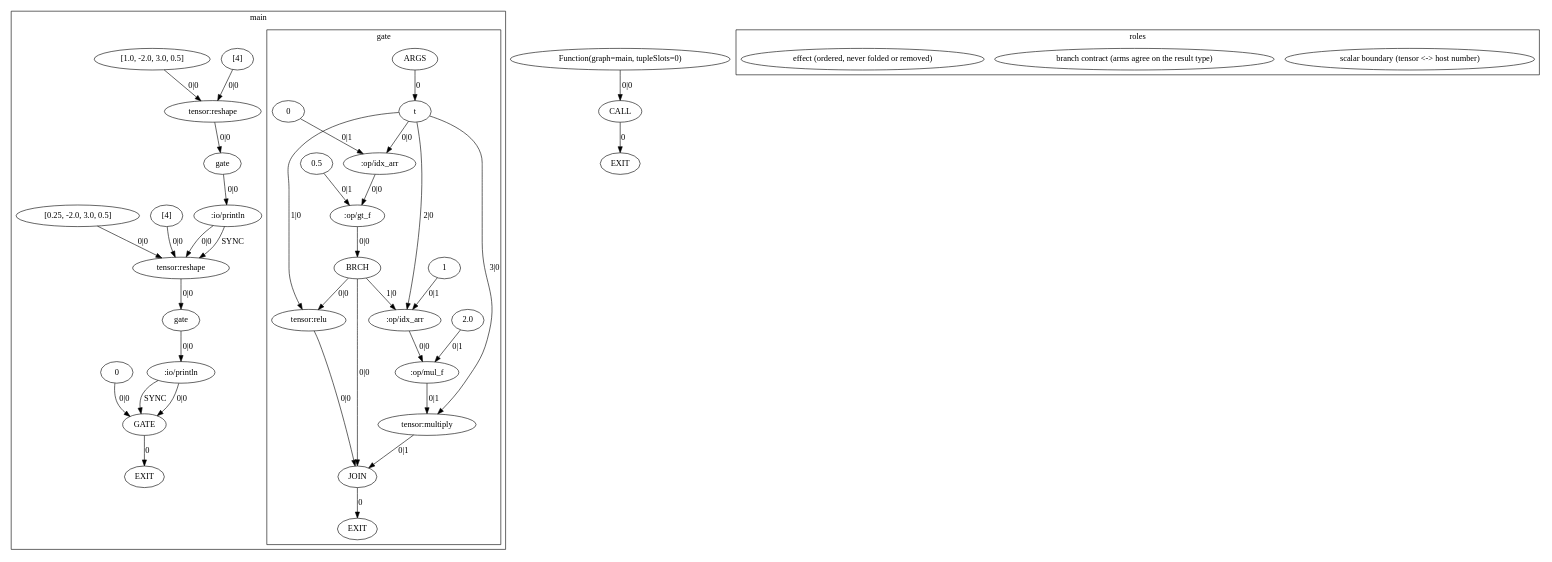
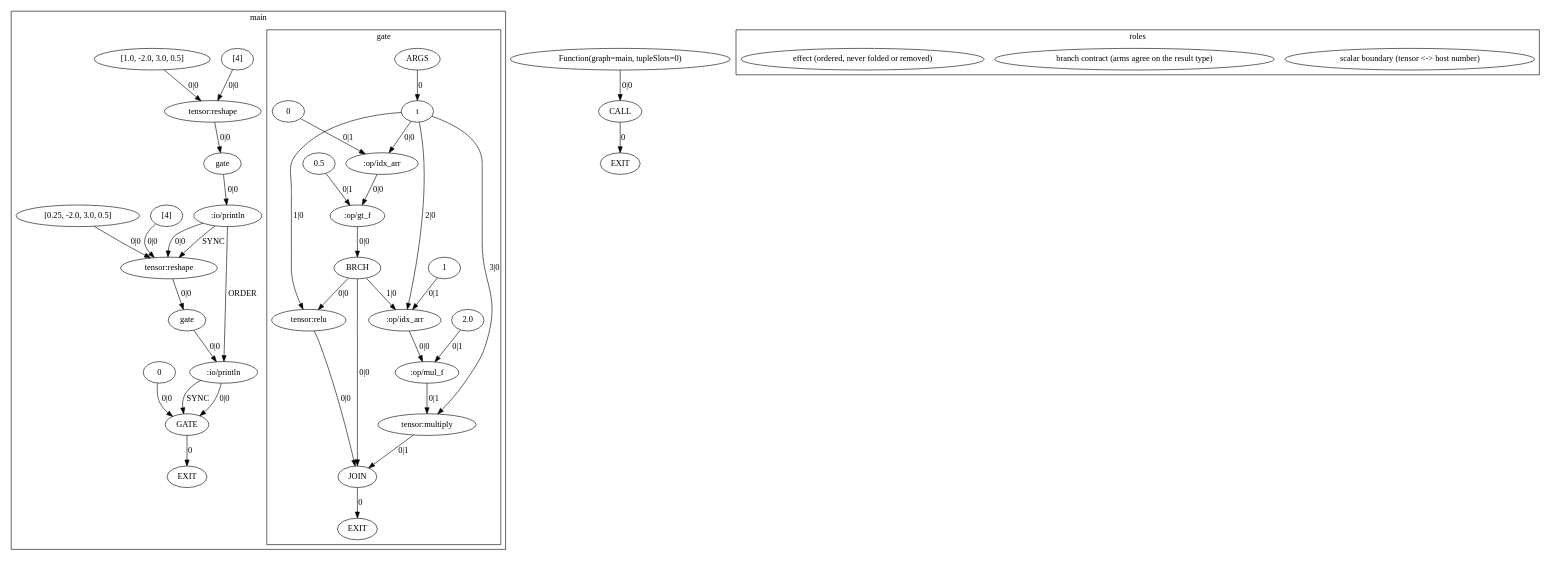
Before and after one commit to OpenCML/Camel: the diagram in exemplars/01_scalar_boundary/expected/dump.agir.dot, drawn with Graphviz. The commit also changed 26 other files, not shown here.

```diff
--- a/exemplars/01_scalar_boundary/expected/dump.agir.dot
+++ b/exemplars/01_scalar_boundary/expected/dump.agir.dot
@@ -1,80 +1,81 @@
 digraph GraphIR {
     subgraph cluster_F01 {
         label="main";
         subgraph cluster_F02 {
             label="gate";
             F02 [label="ARGS", type="ARGS"];
             O02 [label="EXIT", type="EXIT"];
             N00 [label="t", type="PORT", param_name="t", param_kind="normal", param_index="0", value_type="f32[4]", origin=<ORIGIN>, span="12:10-12:19", srcfile="exemplars/01_scalar_boundary/program.cml"];
             N01 [label="0", type="DATA", origin=<ORIGIN>, span="13:16-13:17", srcfile="exemplars/01_scalar_boundary/program.cml", value_type="int"];
             N02 [label=":op/idx_arr", type="OPER", role="scalar-boundary", origin=<ORIGIN>, span="13:15-13:16", srcfile="exemplars/01_scalar_boundary/program.cml", value_type="f32"];
             N03 [label="0.5", type="DATA", origin=<ORIGIN>, span="13:21-13:24", srcfile="exemplars/01_scalar_boundary/program.cml", value_type="f32"];
             N04 [label=":op/gt_f", type="OPER", origin=<ORIGIN>, span="13:19-13:20", srcfile="exemplars/01_scalar_boundary/program.cml", value_type="bool"];
             N05 [label="JOIN", type="JOIN", role="branch-contract", origin=<ORIGIN>, span="13:11-13:59", srcfile="exemplars/01_scalar_boundary/program.cml", value_type="f32[4]"];
             N06 [label="BRCH", type="BRCH", origin=<ORIGIN>, span="13:11-13:59", srcfile="exemplars/01_scalar_boundary/program.cml", value_type="int"];
             N07 [label="tensor:relu", type="OPER", origin=<ORIGIN>, span="13:30-13:34", srcfile="exemplars/01_scalar_boundary/program.cml", value_type="f32[4]"];
             N08 [label="1", type="DATA", origin=<ORIGIN>, span="13:50-13:51", srcfile="exemplars/01_scalar_boundary/program.cml", value_type="int"];
             N09 [label=":op/idx_arr", type="OPER", role="scalar-boundary", origin=<ORIGIN>, span="13:49-13:50", srcfile="exemplars/01_scalar_boundary/program.cml", value_type="f32"];
             N0A [label="2.0", type="DATA", origin=<ORIGIN>, span="13:55-13:58", srcfile="exemplars/01_scalar_boundary/program.cml", value_type="f32"];
             N0B [label=":op/mul_f", type="OPER", origin=<ORIGIN>, span="13:53-13:54", srcfile="exemplars/01_scalar_boundary/program.cml", value_type="f32"];
             N0C [label="tensor:multiply", type="OPER", role="scalar-boundary", origin=<ORIGIN>, span="13:45-13:46", srcfile="exemplars/01_scalar_boundary/program.cml", value_type="f32[4]"];
             F02 -> N00 [label="0", type="NORM_PORT"];
             N05 -> O02 [label="0", type="EXIT"];
             N00 -> N02 [label="0|0", type="NORM"];
             N01 -> N02 [label="0|1", type="NORM"];
             N02 -> N04 [label="0|0", type="NORM"];
             N03 -> N04 [label="0|1", type="NORM"];
             N07 -> N05 [label="0|0", type="WITH"];
             N0C -> N05 [label="0|1", type="WITH"];
             N06 -> N05 [label="0|0", type="NORM"];
             N04 -> N06 [label="0|0", type="NORM"];
             N00 -> N07 [label="1|0", type="NORM"];
             N06 -> N07 [label="0|0", type="CTRL"];
             N00 -> N09 [label="2|0", type="NORM"];
             N08 -> N09 [label="0|1", type="NORM"];
             N06 -> N09 [label="1|0", type="CTRL"];
             N09 -> N0B [label="0|0", type="NORM"];
             N0A -> N0B [label="0|1", type="NORM"];
             N00 -> N0C [label="3|0", type="NORM"];
             N0B -> N0C [label="0|1", type="NORM"];
         }
         O01 [label="EXIT", type="EXIT"];
         N0D [label="[4]", type="DATA", origin=<ORIGIN>, span="17:25-17:28", srcfile="exemplars/01_scalar_boundary/program.cml", value_type="int[]"];
         N0E [label="[1.0, -2.0, 3.0, 0.5]", type="DATA", origin=<ORIGIN>, span="17:30-17:60", srcfile="exemplars/01_scalar_boundary/program.cml", value_type="f32[]"];
         N0F [label="tensor:reshape", type="OPER", origin=<ORIGIN>, span="17:24-17:29", srcfile="exemplars/01_scalar_boundary/program.cml", value_type="f32[4]"];
         N10 [label="gate", type="FUNC", origin=<ORIGIN>, span="17:12-17:62", srcfile="exemplars/01_scalar_boundary/program.cml", value_type="f32[4]"];
         N11 [label=":io/println", type="OPER", role="effect", origin=<ORIGIN>, span="17:4-17:11", srcfile="exemplars/01_scalar_boundary/program.cml", value_type="f32[4]"];
         N12 [label="[4]", type="DATA", origin=<ORIGIN>, span="18:25-18:28", srcfile="exemplars/01_scalar_boundary/program.cml", value_type="int[]"];
         N13 [label="[0.25, -2.0, 3.0, 0.5]", type="DATA", origin=<ORIGIN>, span="18:30-18:61", srcfile="exemplars/01_scalar_boundary/program.cml", value_type="f32[]"];
         N14 [label="tensor:reshape", type="OPER", origin=<ORIGIN>, span="18:24-18:29", srcfile="exemplars/01_scalar_boundary/program.cml", value_type="f32[4]"];
         N15 [label="gate", type="FUNC", origin=<ORIGIN>, span="18:12-18:63", srcfile="exemplars/01_scalar_boundary/program.cml", value_type="f32[4]"];
         N16 [label=":io/println", type="OPER", role="effect", origin=<ORIGIN>, span="18:4-18:11", srcfile="exemplars/01_scalar_boundary/program.cml", value_type="f32[4]"];
         N17 [label="0", type="DATA", origin=<ORIGIN>, span="19:11-19:12", srcfile="exemplars/01_scalar_boundary/program.cml", value_type="int"];
         N18 [label="GATE", type="GATE", value_type="int"];
         N18 -> O01 [label="0", type="EXIT"];
         N0D -> N0F [label="0|0", type="WITH"];
         N0E -> N0F [label="0|0", type="NORM"];
         N0F -> N10 [label="0|0", type="NORM"];
         N10 -> N11 [label="0|0", type="NORM"];
         N12 -> N14 [label="0|0", type="WITH"];
         N13 -> N14 [label="0|0", type="NORM"];
         N11 -> N14 [label="0|0", type="CTRL"];
         N11 -> N14 [label="SYNC", type="SYNC"];
         N14 -> N15 [label="0|0", type="NORM"];
         N15 -> N16 [label="0|0", type="NORM"];
+        N11 -> N16 [label="ORDER", type="ORDER"];
         N17 -> N18 [label="0|0", type="NORM"];
         N16 -> N18 [label="0|0", type="CTRL"];
         N16 -> N18 [label="SYNC", type="SYNC"];
     }
     O00 [label="EXIT", type="EXIT"];
     N19 [label="Function(graph=main, tupleSlots=0)", type="DATA", origin=<ORIGIN>, span="16:0-20:1", srcfile="exemplars/01_scalar_boundary/program.cml", value_type="() => int uses stdout"];
     N1A [label="CALL", type="CALL", value_type="int"];
     N1A -> O00 [label="0", type="EXIT"];
     N19 -> N1A [label="0|0", type="WITH"];
     subgraph cluster_legend {
         label="roles";
         "legend_scalar-boundary" [label="scalar boundary (tensor <-> host number)", type="LEGEND", role="scalar-boundary"];
         "legend_branch-contract" [label="branch contract (arms agree on the result type)", type="LEGEND", role="branch-contract"];
         "legend_effect" [label="effect (ordered, never folded or removed)", type="LEGEND", role="effect"];
     }
 }
```
